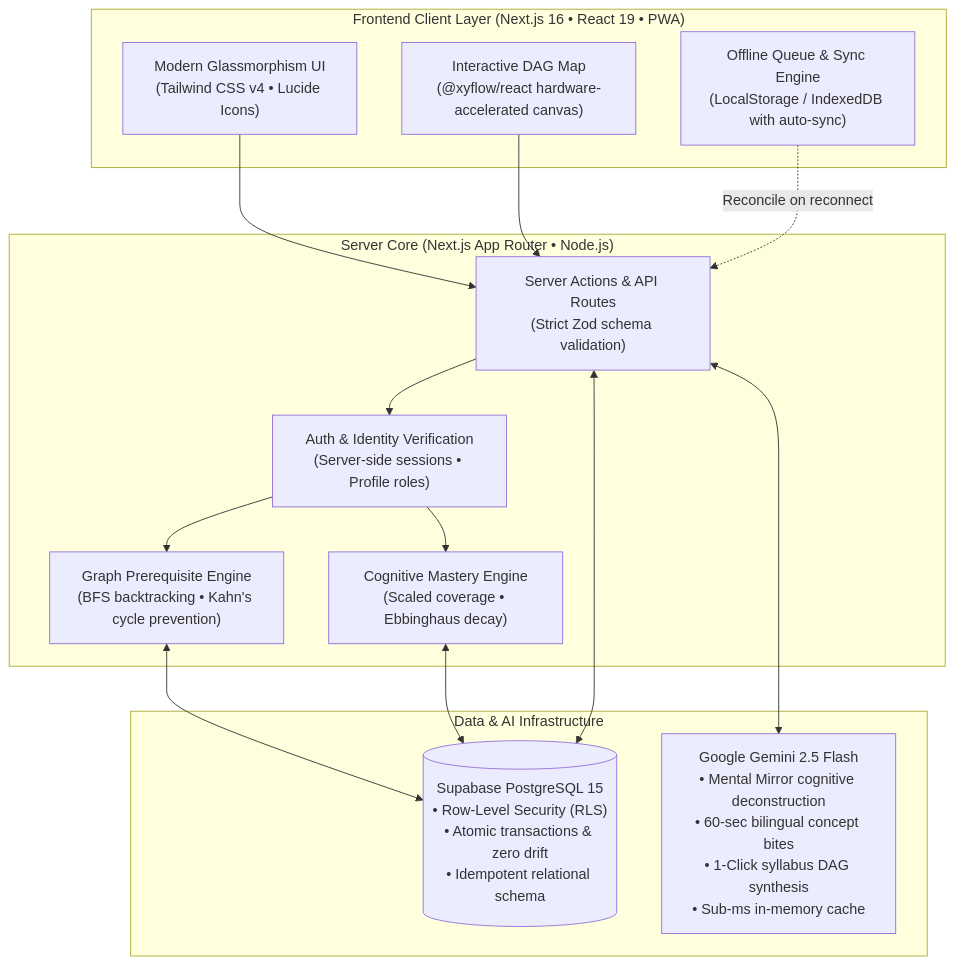
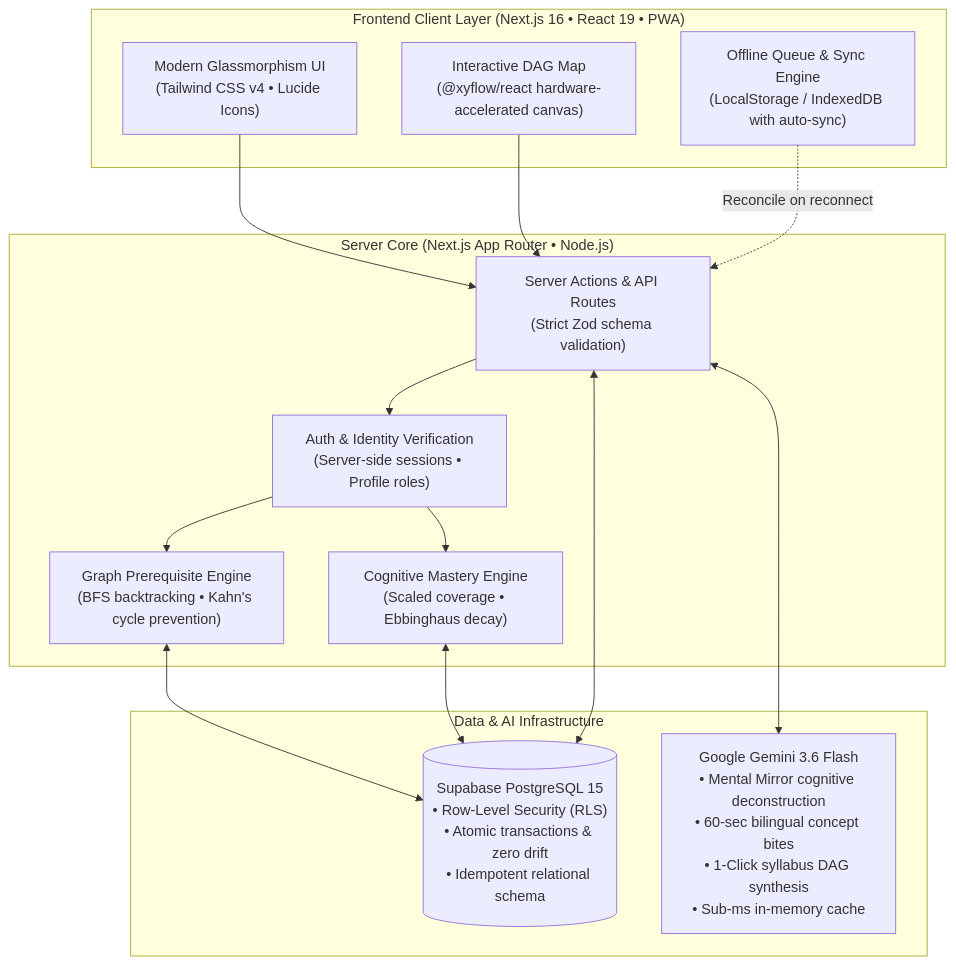
The second of 2 diagrams in README.md (codermeghagithub/learnpulse-app), drawn with Mermaid before and after one commit. The commit also changed other lines of this file and 60 other files, not shown here.

Commit message:
feat: implement AI-driven course synthesis pipeline with DAG validation and teacher dashboard tools

````diff
--- a/README.md
+++ b/README.md
@@ -123,31 +123,31 @@
 ```mermaid
 graph TB
     subgraph ClientLayer["Frontend Client Layer (Next.js 16 • React 19 • PWA)"]
         UI["Modern Glassmorphism UI<br/>(Tailwind CSS v4 • Lucide Icons)"]
         DAG["Interactive DAG Map<br/>(@xyflow/react hardware-accelerated canvas)"]
         Offline["Offline Queue & Sync Engine<br/>(LocalStorage / IndexedDB with auto-sync)"]
     end
 
     subgraph ServerLayer["Server Core (Next.js App Router • Node.js)"]
         Auth["Auth & Identity Verification<br/>(Server-side sessions • Profile roles)"]
         Actions["Server Actions & API Routes<br/>(Strict Zod schema validation)"]
         GraphEngine["Graph Prerequisite Engine<br/>(BFS backtracking • Kahn's cycle prevention)"]
         MasteryEngine["Cognitive Mastery Engine<br/>(Scaled coverage • Ebbinghaus decay)"]
     end
 
     subgraph InfraLayer["Data & AI Infrastructure"]
         DB[("Supabase PostgreSQL 15<br/>• Row-Level Security (RLS)<br/>• Atomic transactions & zero drift<br/>• Idempotent relational schema")]
-        AI["Google Gemini 2.5 Flash<br/>• Mental Mirror cognitive deconstruction<br/>• 60-sec bilingual concept bites<br/>• 1-Click syllabus DAG synthesis<br/>• Sub-ms in-memory cache"]
+        AI["Google Gemini 3.6 Flash<br/>• Mental Mirror cognitive deconstruction<br/>• 60-sec bilingual concept bites<br/>• 1-Click syllabus DAG synthesis<br/>• Sub-ms in-memory cache"]
     end
 
     UI --> Actions
     DAG --> Actions
     Offline -.->|Reconcile on reconnect| Actions
     Actions --> Auth
     Auth --> GraphEngine
     Auth --> MasteryEngine
     GraphEngine <--> DB
     MasteryEngine <--> DB
     Actions <--> DB
     Actions <--> AI
 ```
````
